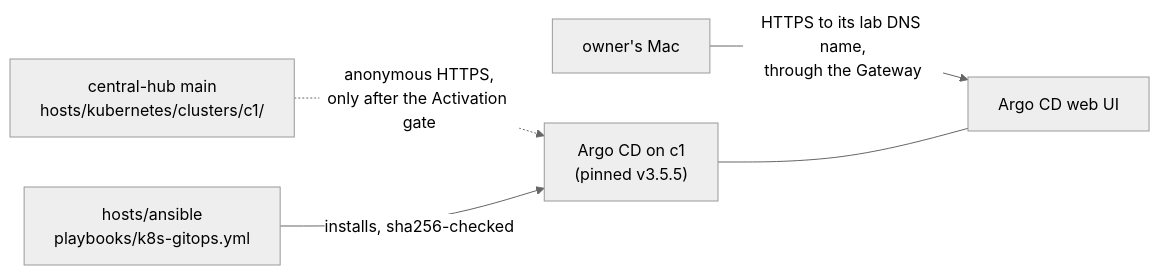
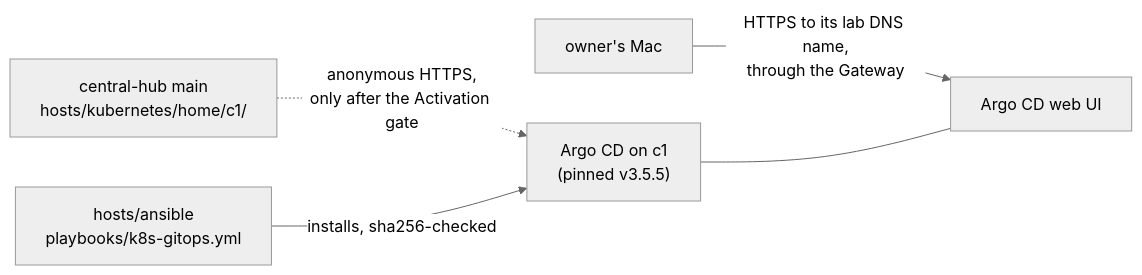
The diagram in docs/decisions/0023-use-argo-cd-as-the-gitops-engine.md (jonhill90/central-hub), drawn with Mermaid (neutral theme) before and after one commit. The commit also changed other lines of this file and 82 other files, not shown here.

First line of the commit message:
refactor: move c1's Kubernetes files under hosts/kubernetes/home/

````diff
--- a/docs/decisions/0023-use-argo-cd-as-the-gitops-engine.md
+++ b/docs/decisions/0023-use-argo-cd-as-the-gitops-engine.md
@@ -50,7 +50,7 @@
 ```mermaid
 flowchart LR
-  repo["central-hub main<br/>hosts/kubernetes/clusters/c1/"] -. "anonymous HTTPS,<br/>only after the Activation gate" .-> argo["Argo CD on c1<br/>(pinned v3.5.5)"]
+  repo["central-hub main<br/>hosts/kubernetes/home/c1/"] -. "anonymous HTTPS,<br/>only after the Activation gate" .-> argo["Argo CD on c1<br/>(pinned v3.5.5)"]
   ansible["hosts/ansible<br/>playbooks/k8s-gitops.yml"] -- "installs, sha256-checked" --> argo
   mac["owner's Mac"] -- "HTTPS to its lab DNS name,<br/>through the Gateway" --> ui["Argo CD web UI"]
   argo --- ui
 ```
````
